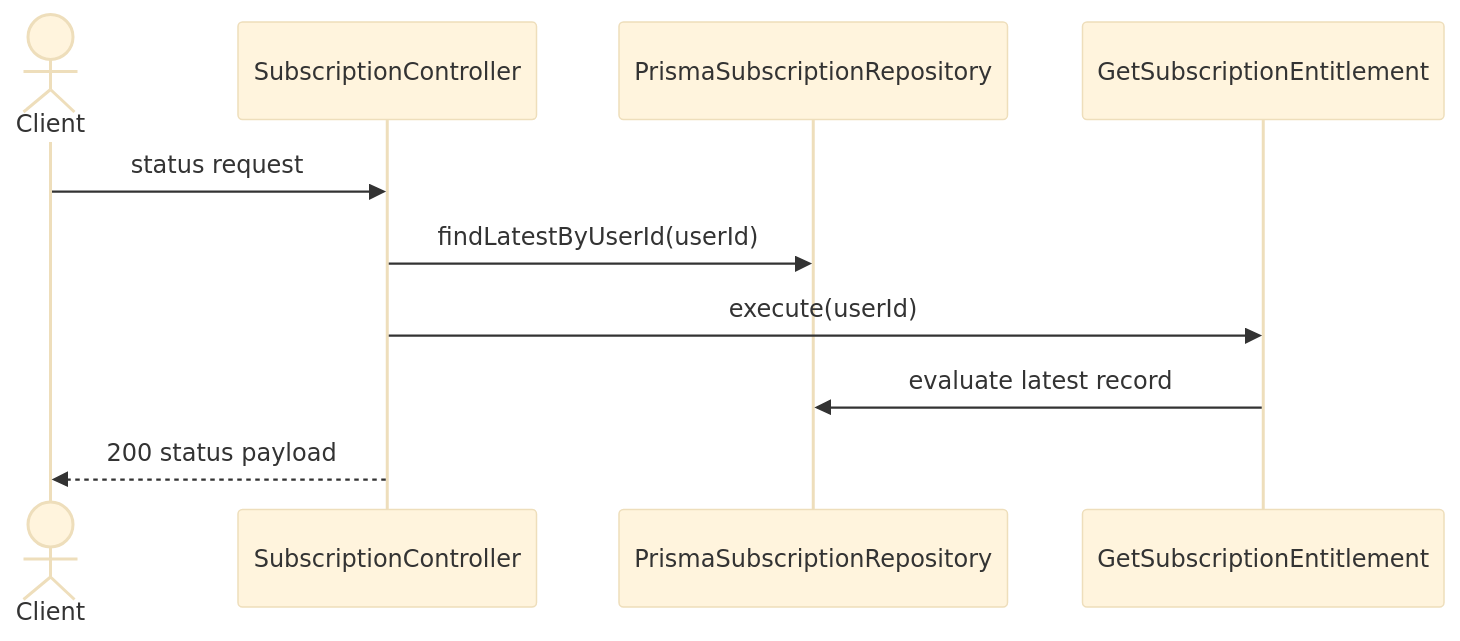
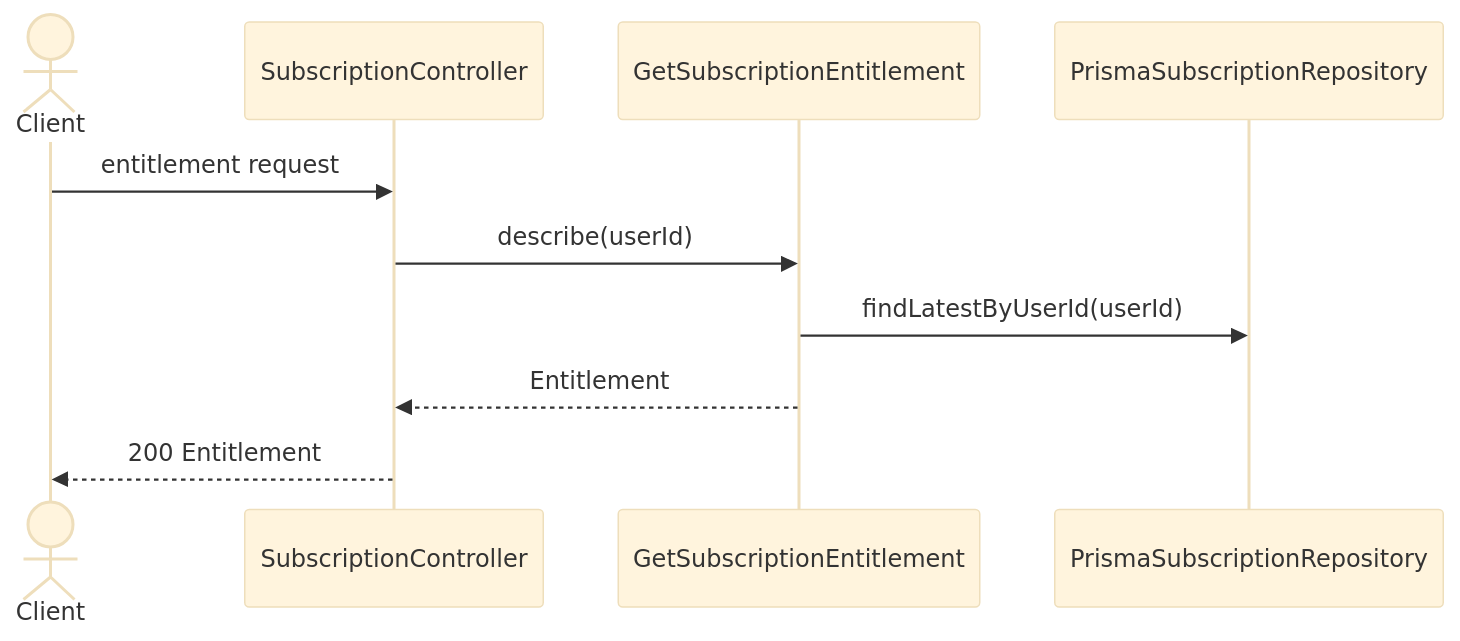
The second of 2 diagrams in src/modules/subscription/subscription-doc.md (yusufhoglu/betterEatBetter-server), drawn with Mermaid (base theme) before and after one commit. The commit also changed other lines of this file and 35 other files, not shown here.

````diff
--- a/src/modules/subscription/subscription-doc.md
+++ b/src/modules/subscription/subscription-doc.md
@@ -49,13 +58,13 @@
 ```mermaid
 sequenceDiagram
     actor Client
     participant Controller as SubscriptionController
+    participant Entitlement as GetSubscriptionEntitlement
     participant Repo as PrismaSubscriptionRepository
-    participant Entitlement as GetSubscriptionEntitlement
 
-    Client->>Controller: status request
-    Controller->>Repo: findLatestByUserId(userId)
-    Controller->>Entitlement: execute(userId)
-    Entitlement->>Repo: evaluate latest record
-    Controller-->>Client: 200 status payload
+    Client->>Controller: entitlement request
+    Controller->>Entitlement: describe(userId)
+    Entitlement->>Repo: findLatestByUserId(userId)
+    Entitlement-->>Controller: Entitlement
+    Controller-->>Client: 200 Entitlement
 ```
````
